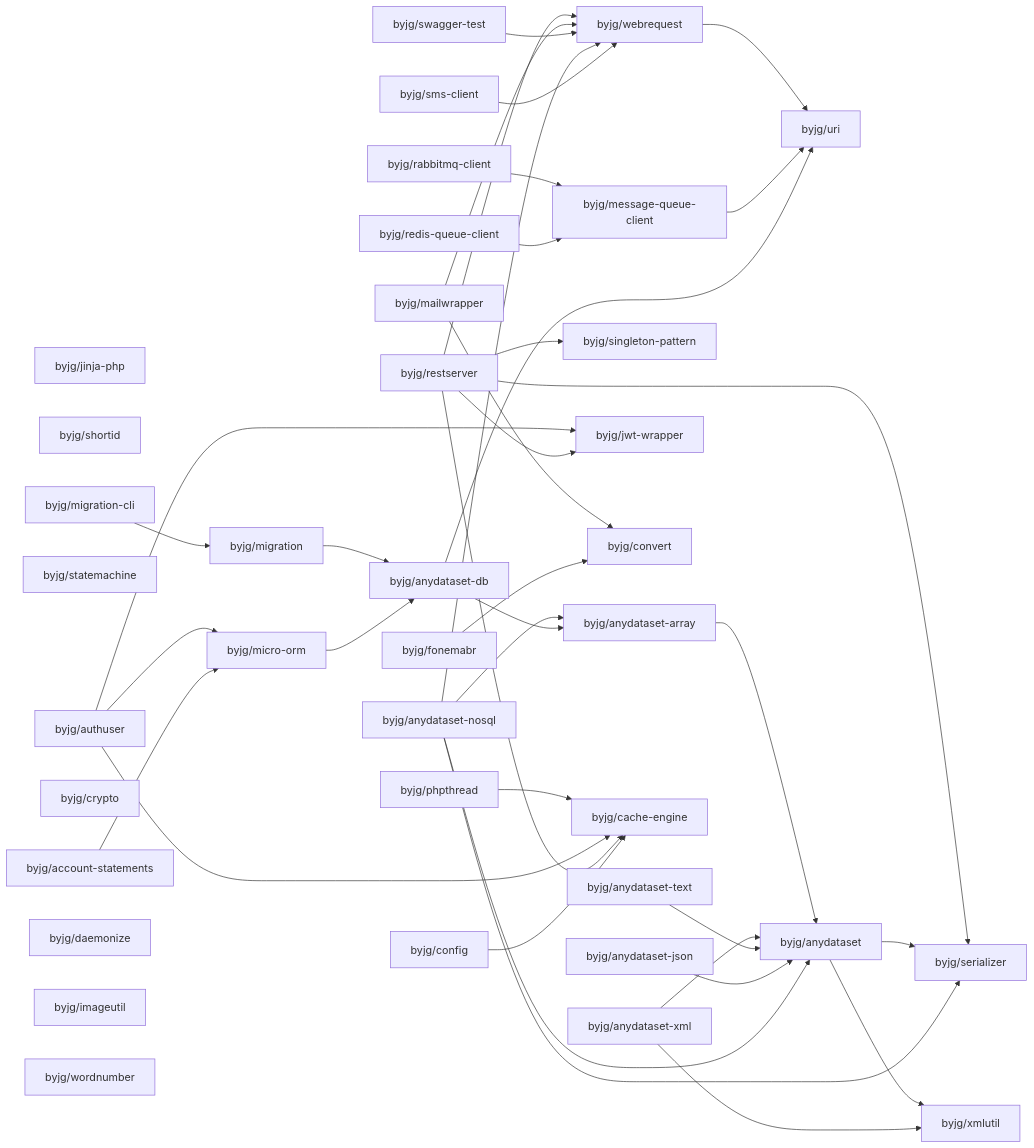
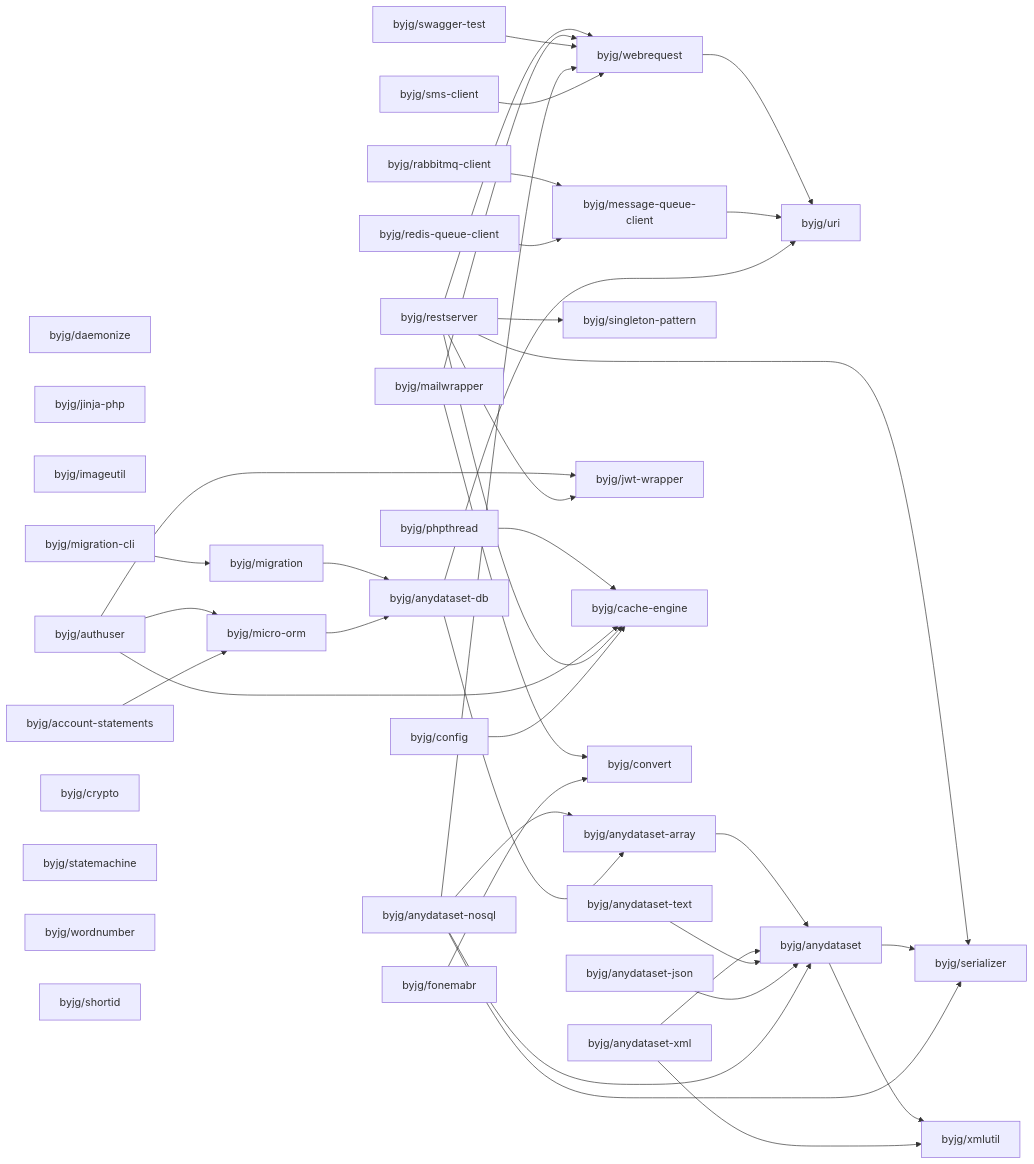
One commit to byjg/byjg.github.io changed the diagram in docs/php/README.md. Above: the diagram before and after it, drawn with Mermaid. The commit also changed other lines of this file and 5 other files, not shown here.

Commit message:
Update documentation 'php' 'php-restserver'

````diff
--- a/docs/php/README.md
+++ b/docs/php/README.md
@@ -3,76 +3,76 @@
 ```mermaid
 graph LR;
+  byjg/rabbitmq-client;
+  byjg/daemonize;
+  byjg/anydataset-xml;
+  byjg/anydataset-text;
+  byjg/jinja-php;
+  byjg/imageutil;
+  byjg/config;
+  byjg/restserver;
+  byjg/sms-client;
+  byjg/account-statements;
+  byjg/swagger-test;
+  byjg/mailwrapper;
+  byjg/migration-cli;
+  byjg/redis-queue-client;
+  byjg/anydataset-json;
+  byjg/authuser;
+  byjg/crypto;
+  byjg/statemachine;
+  byjg/wordnumber;
+  byjg/phpthread;
   byjg/fonemabr;
-  byjg/jinja-php;
+  byjg/anydataset-nosql;
   byjg/shortid;
-  byjg/account-statements;
-  byjg/sms-client;
-  byjg/statemachine;
-  byjg/anydataset-text;
-  byjg/config;
-  byjg/redis-queue-client;
-  byjg/migration-cli;
-  byjg/crypto;
-  byjg/restserver;
-  byjg/rabbitmq-client;
-  byjg/anydataset-xml;
-  byjg/authuser;
-  byjg/swagger-test;
-  byjg/daemonize;
-  byjg/anydataset-json;
-  byjg/mailwrapper;
-  byjg/anydataset-nosql;
-  byjg/imageutil;
-  byjg/phpthread;
-  byjg/wordnumber;
+  byjg/singleton-pattern;
   byjg/migration;
-  byjg/singleton-pattern;
   byjg/message-queue-client;
   byjg/micro-orm;
   byjg/jwt-wrapper;
+  byjg/cache-engine;
   byjg/convert;
   byjg/webrequest;
-  byjg/cache-engine;
   byjg/anydataset-db;
   byjg/anydataset-array;
   byjg/uri;
   byjg/anydataset;
   byjg/serializer;
   byjg/xmlutil;
   byjg/phpthread --> byjg/cache-engine;
   byjg/authuser --> byjg/micro-orm;
   byjg/authuser --> byjg/cache-engine;
   byjg/authuser --> byjg/jwt-wrapper;
   byjg/anydataset-array --> byjg/anydataset;
   byjg/restserver --> byjg/serializer;
   byjg/restserver --> byjg/singleton-pattern;
   byjg/restserver --> byjg/cache-engine;
   byjg/restserver --> byjg/webrequest;
   byjg/restserver --> byjg/jwt-wrapper;
   byjg/mailwrapper --> byjg/convert;
   byjg/mailwrapper --> byjg/webrequest;
   byjg/swagger-test --> byjg/webrequest;
   byjg/migration --> byjg/anydataset-db;
   byjg/account-statements --> byjg/micro-orm;
   byjg/anydataset --> byjg/serializer;
   byjg/anydataset --> byjg/xmlutil;
   byjg/fonemabr --> byjg/convert;
   byjg/anydataset-xml --> byjg/anydataset;
   byjg/anydataset-xml --> byjg/xmlutil;
   byjg/webrequest --> byjg/uri;
   byjg/config --> byjg/cache-engine;
   byjg/migration-cli --> byjg/migration;
   byjg/anydataset-text --> byjg/anydataset;
   byjg/micro-orm --> byjg/anydataset-db;
   byjg/message-queue-client --> byjg/uri;
   byjg/anydataset-json --> byjg/anydataset;
   byjg/anydataset-nosql --> byjg/anydataset;
   byjg/anydataset-nosql --> byjg/anydataset-array;
   byjg/anydataset-nosql --> byjg/serializer;
   byjg/anydataset-nosql --> byjg/webrequest;
   byjg/anydataset-db --> byjg/anydataset-array;
   byjg/anydataset-db --> byjg/uri;
   byjg/rabbitmq-client --> byjg/message-queue-client;
   byjg/redis-queue-client --> byjg/message-queue-client;
   byjg/sms-client --> byjg/webrequest;
 ```
````
